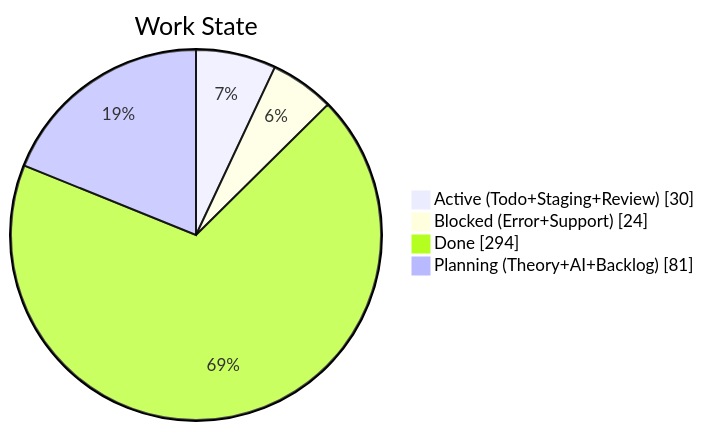
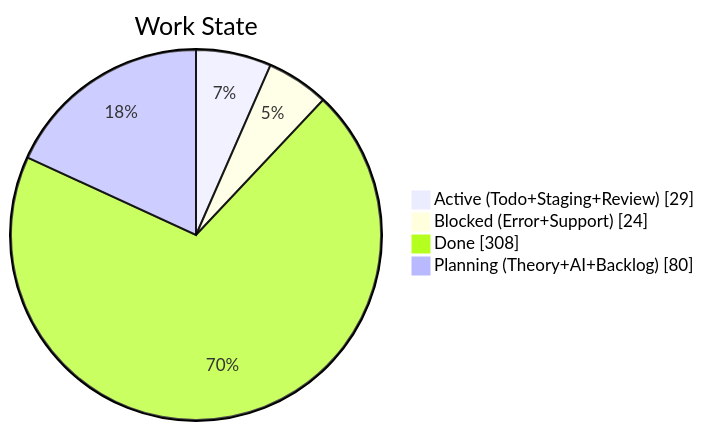
The second of 4 diagrams in apps/kbve/astro-kbve/src/content/docs/dashboard/kanban-data.mdx (KBVE/kbve), drawn with Mermaid before and after one commit. The commit also changed other lines of this file and 8 other files, not shown here.

````diff
--- a/apps/kbve/astro-kbve/src/content/docs/dashboard/kanban-data.mdx
+++ b/apps/kbve/astro-kbve/src/content/docs/dashboard/kanban-data.mdx
@@ -68,8 +68,8 @@
 ```mermaid
 pie showData
     title Work State
-    "Active (Todo+Staging+Review)" : 30
+    "Active (Todo+Staging+Review)" : 29
     "Blocked (Error+Support)" : 24
-    "Done" : 294
-    "Planning (Theory+AI+Backlog)" : 81
+    "Done" : 308
+    "Planning (Theory+AI+Backlog)" : 80
 ```
````
